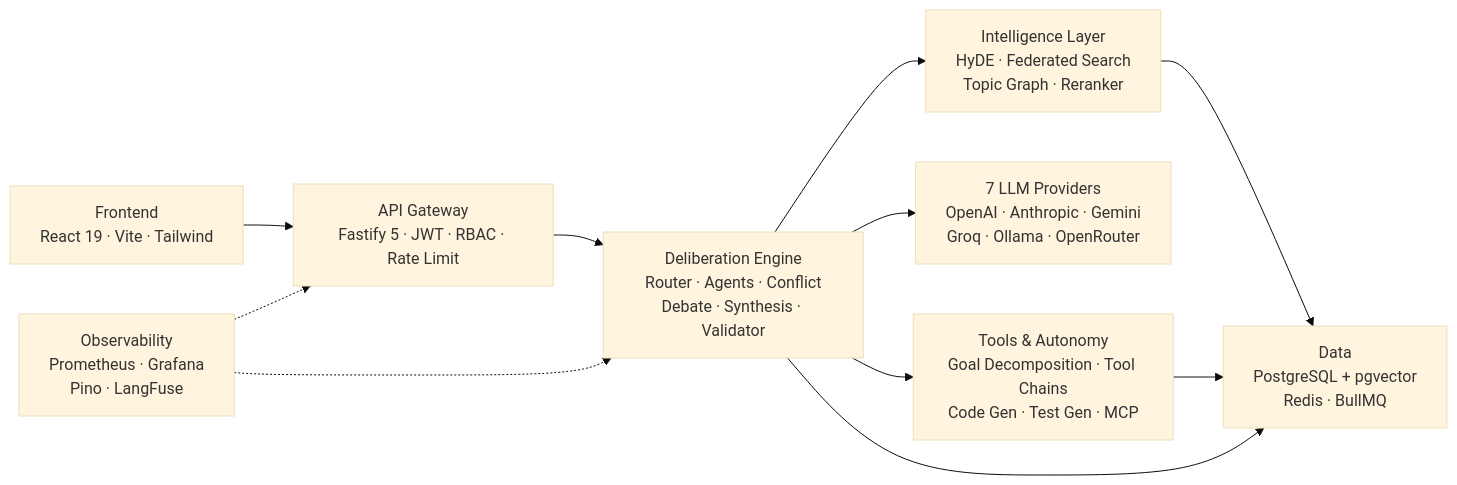
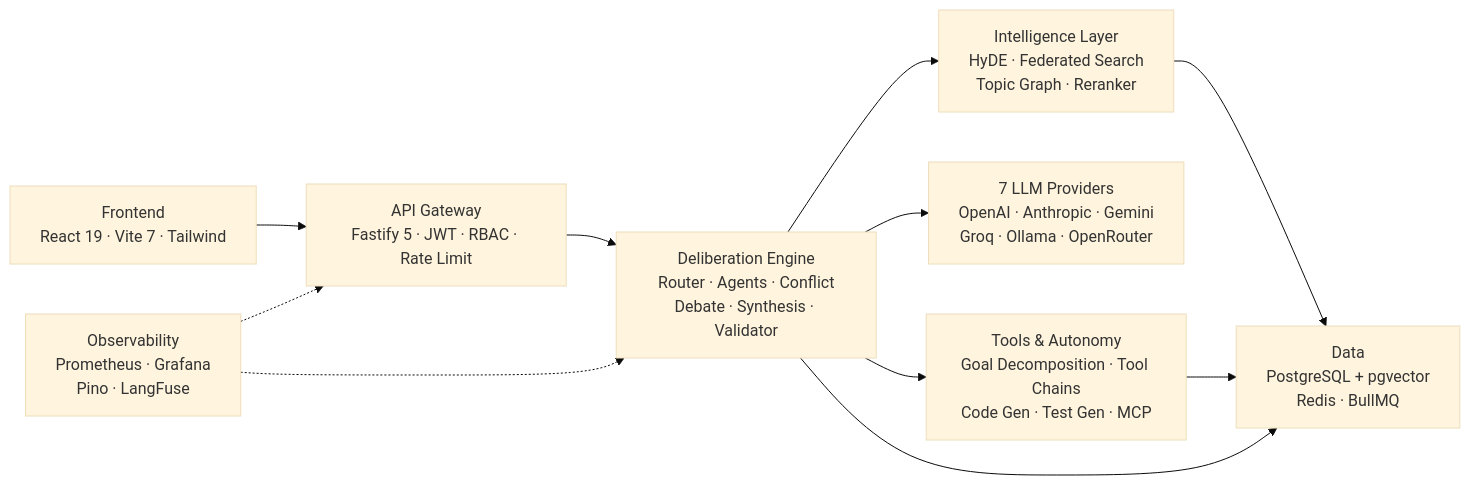
The second of 2 diagrams in README.md (Yash-Awasthi/Judica), drawn with Mermaid (base theme) before and after one commit. The commit also changed other lines of this file and 167 other files, not shown here.

````diff
--- a/README.md
+++ b/README.md
@@ -104,20 +104,20 @@
 ```mermaid
 flowchart LR
-    FE["Frontend\nReact 19 · Vite · Tailwind"]
+    FE["Frontend\nReact 19 · Vite 7 · Tailwind"]
     GW["API Gateway\nFastify 5 · JWT · RBAC · Rate Limit"]
     EN["Deliberation Engine\nRouter · Agents · Conflict\nDebate · Synthesis · Validator"]
     INT["Intelligence Layer\nHyDE · Federated Search\nTopic Graph · Reranker"]
     LLM["7 LLM Providers\nOpenAI · Anthropic · Gemini\nGroq · Ollama · OpenRouter"]
     TL["Tools & Autonomy\nGoal Decomposition · Tool Chains\nCode Gen · Test Gen · MCP"]
     DB["Data\nPostgreSQL + pgvector\nRedis · BullMQ"]
     OB["Observability\nPrometheus · Grafana\nPino · LangFuse"]
 
     FE --> GW --> EN
     EN --> INT
     EN --> LLM
     EN --> TL
     INT --> DB
     TL --> DB
     EN --> DB
     OB -.-> GW & EN
 ```
````
